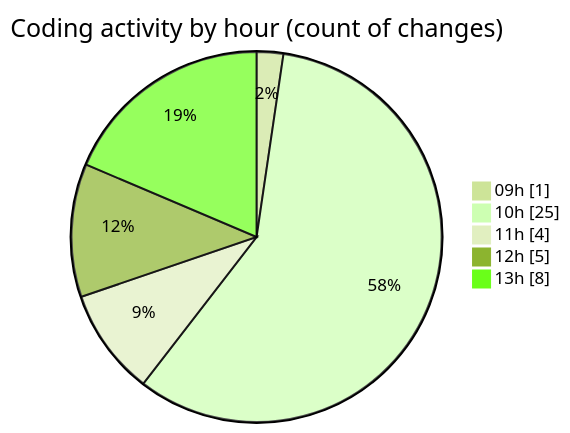
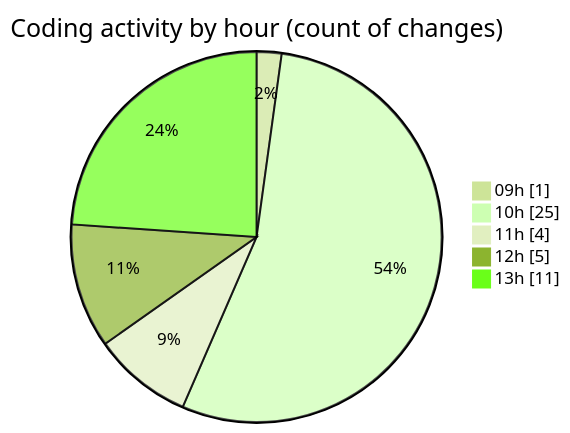
The second of 2 diagrams in 2025-11-17/eventscop-frontend-guide__workspace_/README.md (julien-gomy/code-tracking), drawn with Mermaid (forest theme) before and after one commit. The commit also changed other lines of this file and 1 other file, not shown here.

````diff
--- a/2025-11-17/eventscop-frontend-guide__workspace_/README.md
+++ b/2025-11-17/eventscop-frontend-guide__workspace_/README.md
@@ -46,9 +47,9 @@
 ```mermaid
 pie showData
 title Coding activity by hour (count of changes)
 "09h" : 1
 "10h" : 25
 "11h" : 4
 "12h" : 5
-"13h" : 8
+"13h" : 11
 ```
````
